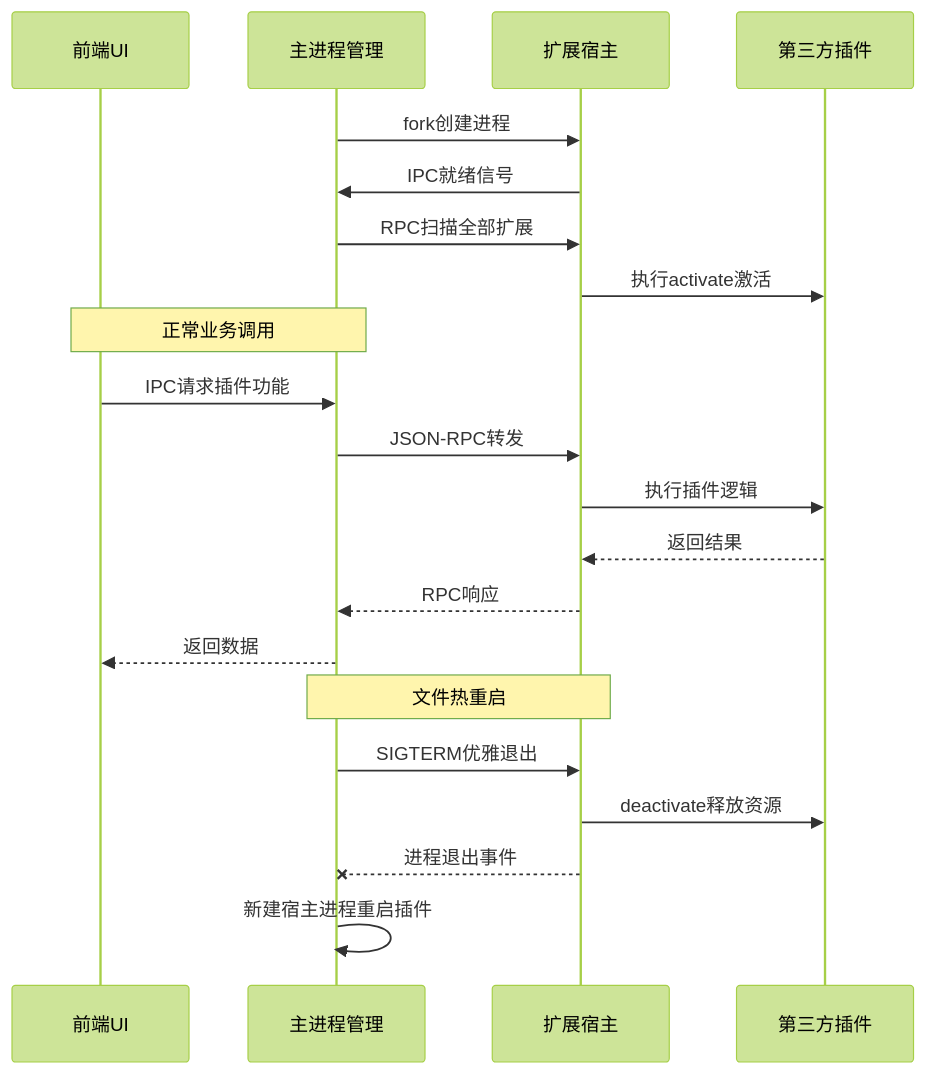
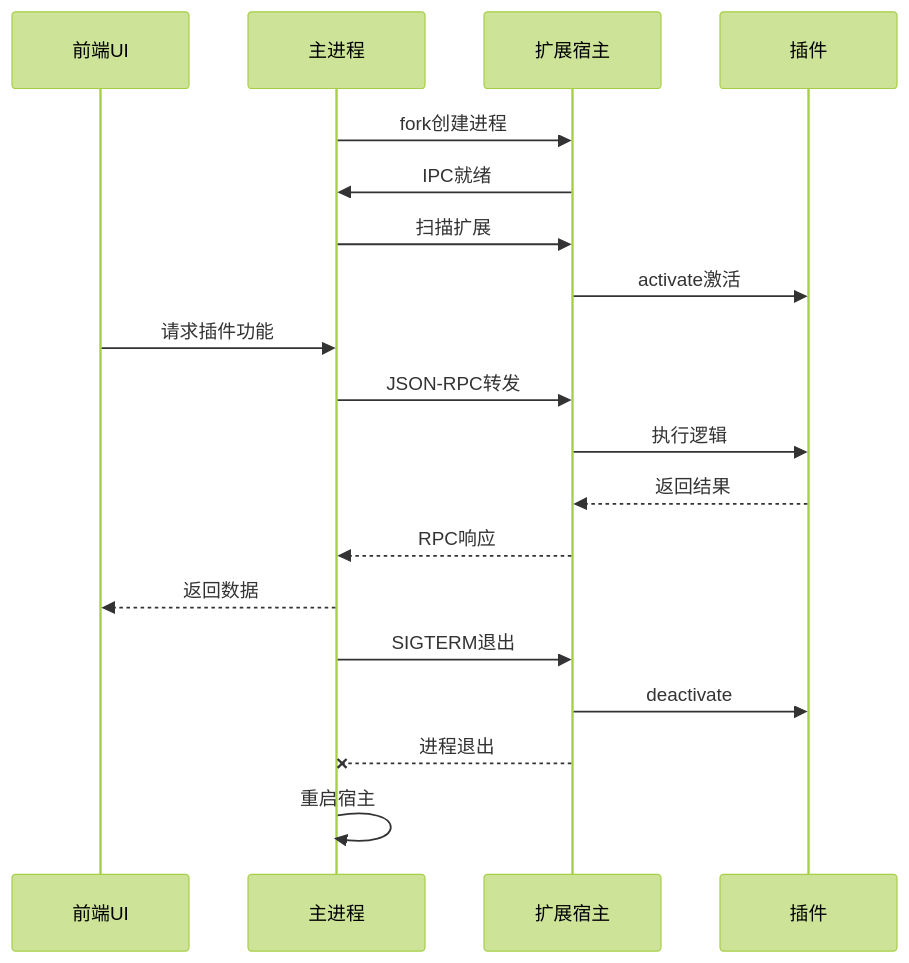
The third of 8 diagrams in README.md (chongyin10/ideaCode), drawn with Mermaid (forest theme) before and after one commit. The commit also changed other lines of this file, not shown here.

````diff
--- a/README.md
+++ b/README.md
@@ -183,23 +181,21 @@
 ```mermaid
 sequenceDiagram
     participant UI as 前端UI
-    participant Main as 主进程管理
+    participant Main as 主进程
     participant Host as 扩展宿主
-    participant Ext as 第三方插件
+    participant Ext as 插件
     Main->>Host: fork创建进程
-    Host->>Main: IPC就绪信号
-    Main->>Host: RPC扫描全部扩展
-    Host->>Ext: 执行activate激活
-    Note over UI,Main: 正常业务调用
-    UI->>Main: IPC请求插件功能
+    Host->>Main: IPC就绪
+    Main->>Host: 扫描扩展
+    Host->>Ext: activate激活
+    UI->>Main: 请求插件功能
     Main->>Host: JSON-RPC转发
-    Host->>Ext: 执行插件逻辑
+    Host->>Ext: 执行逻辑
     Ext-->>Host: 返回结果
     Host-->>Main: RPC响应
     Main-->>UI: 返回数据
-    Note over Main,Host: 文件热重启
-    Main->>Host: SIGTERM优雅退出
-    Host->>Ext: deactivate释放资源
-    Host--x Main: 进程退出事件
-    Main->>Main: 新建宿主进程重启插件
+    Main->>Host: SIGTERM退出
+    Host->>Ext: deactivate
+    Host--x Main: 进程退出
+    Main->>Main: 重启宿主
 ```
````
